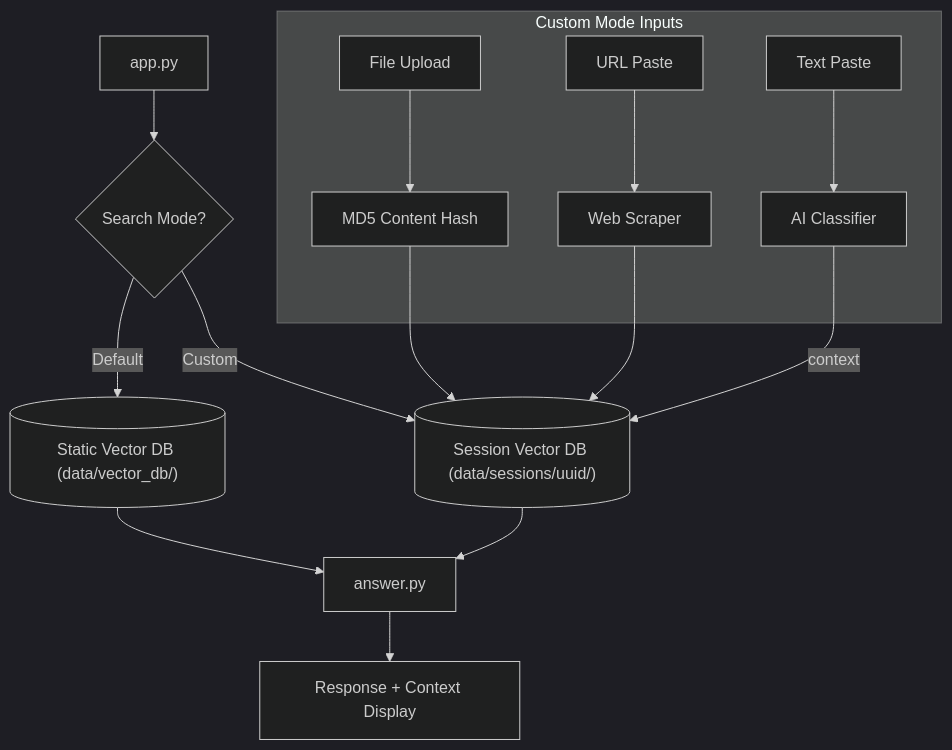
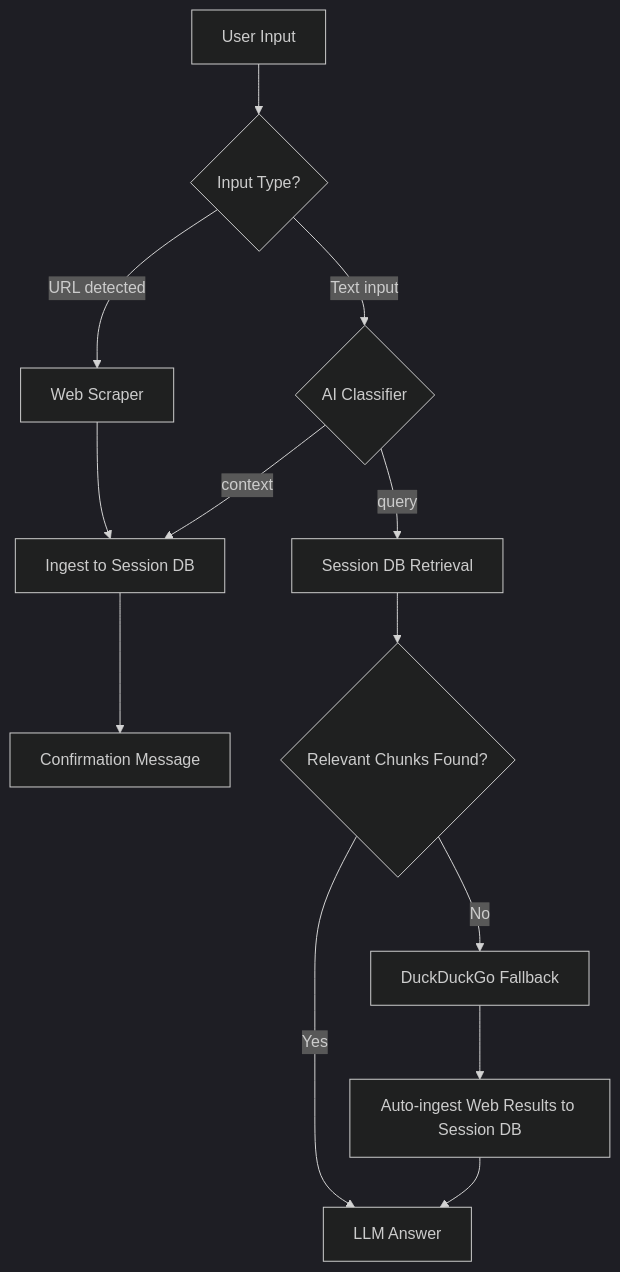
The second of 2 diagrams in README.md (ApurvArc/DocuFlux-AI), drawn with Mermaid (dark theme) before and after one commit. The commit also changed other lines of this file, not shown here.

Commit message:
docs: rewrite README with detailed dual-mode breakdown, full pipeline docs, and accurate config reference

````diff
--- a/README.md
+++ b/README.md
@@ -143,21 +172,15 @@
 ```mermaid
 graph TD
-    APP[app.py] --> MODE{Search Mode?}
-
-    MODE -->|Default| STATIC[("Static Vector DB (data/vector_db/)")]
-    MODE -->|Custom| SESSION[("Session Vector DB (data/sessions/uuid/)")]
-
-    subgraph "Custom Mode Inputs"
-        FILE[File Upload] --> DEDUP[MD5 Content Hash]
-        URLIN[URL Paste] --> SCRAPE[Web Scraper]
-        TXTIN[Text Paste] --> CLASSIFY[AI Classifier]
-    end
-
-    DEDUP --> SESSION
-    SCRAPE --> SESSION
-    CLASSIFY -->|context| SESSION
-
-    STATIC --> ANS_PY[answer.py]
-    SESSION --> ANS_PY
-    ANS_PY --> RESPONSE[Response + Context Display]
+    INPUT[User Input] --> TYPE{Input Type?}
+    TYPE -->|URL detected| SCRAPE[Web Scraper]
+    TYPE -->|Text input| CLS{AI Classifier}
+    CLS -->|context| ING[Ingest to Session DB]
+    CLS -->|query| RETR[Session DB Retrieval]
+    SCRAPE --> ING
+    ING --> REPLY[Confirmation Message]
+    RETR --> GATE{Relevant Chunks Found?}
+    GATE -->|Yes| LLM[LLM Answer]
+    GATE -->|No| WEB[DuckDuckGo Fallback]
+    WEB --> AUTO[Auto-ingest Web Results to Session DB]
+    AUTO --> LLM
 ```
````
